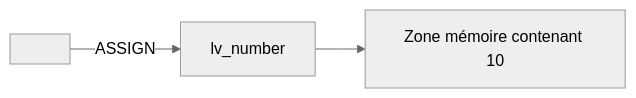
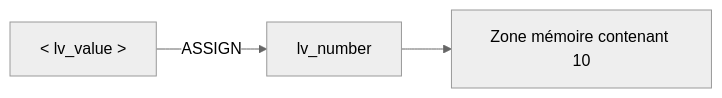
Before and after one commit to AiKanSya/SAP_REFERENTIAL: the diagram in └─ 🧩 001 - ABAP/└─ 🧩 02 - TYPES ET OBJETS DE DONNEES/10 - 🍧 SYMBOLES DE CHAMP.md, drawn with Mermaid (neutral theme). The commit also changed 1 other file, not shown here.

````diff
--- a/└─ 🧩 001 - ABAP/└─ 🧩 02 - TYPES ET OBJETS DE DONNEES/10 - 🍧 SYMBOLES DE CHAMP.md
+++ b/└─ 🧩 001 - ABAP/└─ 🧩 02 - TYPES ET OBJETS DE DONNEES/10 - 🍧 SYMBOLES DE CHAMP.md
@@ -15,5 +15,5 @@
 ```mermaid
 flowchart LR
-    A[<lv_value>] -->|ASSIGN| B[lv_number]
+    A[< lv_value >] -->|ASSIGN| B[lv_number]
     B --> C[Zone mémoire contenant 10]
 ```
````
